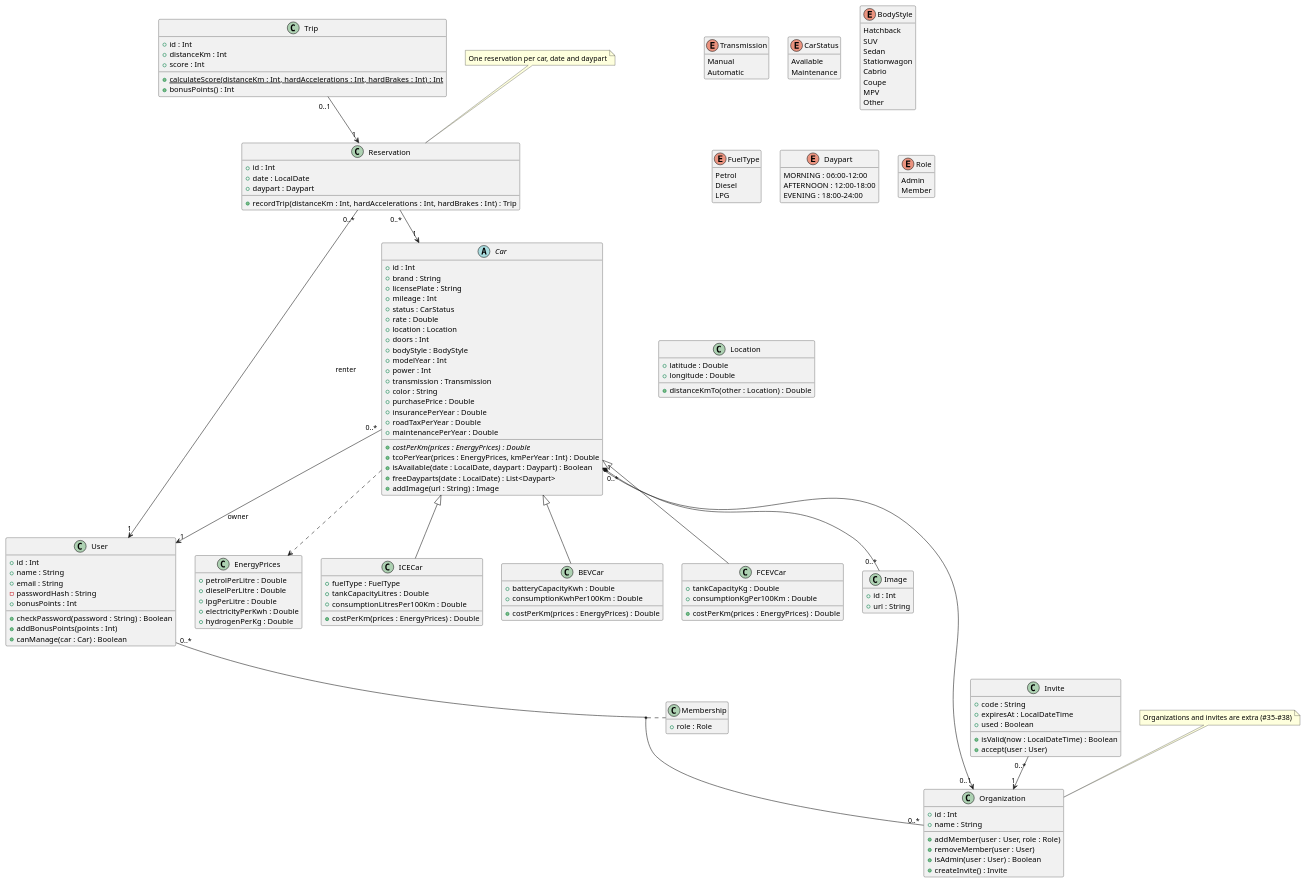
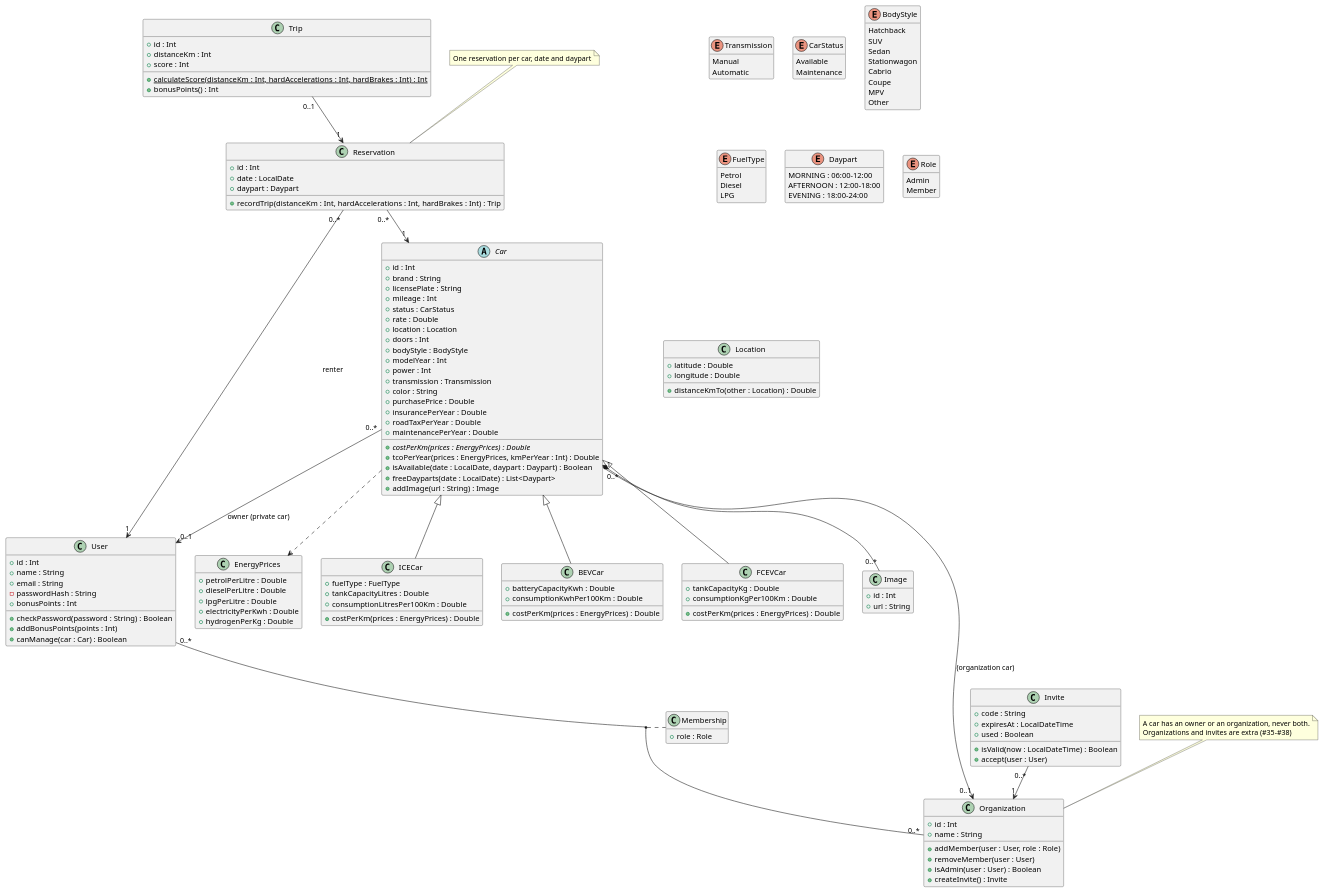
Before and after one commit to Rent-a-car-38291/rent-a-car: the diagram in docs/diagrams/domain-model.puml, drawn with PlantUML. The commit also changed 25 other files, not shown here.

```diff
--- a/docs/diagrams/domain-model.puml
+++ b/docs/diagrams/domain-model.puml
@@ -1,175 +1,175 @@
 @startuml
 ' Analysis view: the domain as agreed in the backlog, including parts that aren't built yet.
 ' For what the code looks like today, see the class-*.puml diagrams.
 hide empty members
 
 enum Transmission {
   Manual
   Automatic
 }
 
 ' Rented is gone: whether a car is rented depends on the daypart (#16).
 enum CarStatus {
   Available
   Maintenance
 }
 
 enum BodyStyle {
   Hatchback
   SUV
   Sedan
   Stationwagon
   Cabrio
   Coupe
   MPV
   Other
 }
 
 enum FuelType {
   Petrol
   Diesel
   LPG
 }
 
 enum Daypart {
   MORNING : 06:00-12:00
   AFTERNOON : 12:00-18:00
   EVENING : 18:00-24:00
 }
 
 enum Role {
   Admin
   Member
 }
 
 class Location {
   + latitude : Double
   + longitude : Double
   + distanceKmTo(other : Location) : Double
 }
 
 class EnergyPrices {
   + petrolPerLitre : Double
   + dieselPerLitre : Double
   + lpgPerLitre : Double
   + electricityPerKwh : Double
   + hydrogenPerKg : Double
 }
 
 class User {
   + id : Int
   + name : String
   + email : String
   - passwordHash : String
   + bonusPoints : Int
   + checkPassword(password : String) : Boolean
   + addBonusPoints(points : Int)
   + canManage(car : Car) : Boolean
 }
 
 abstract class Car {
   + id : Int
   + brand : String
   + licensePlate : String
   + mileage : Int
   + status : CarStatus
   + rate : Double
   + location : Location
   + doors : Int
   + bodyStyle : BodyStyle
   + modelYear : Int
   + power : Int
   + transmission : Transmission
   + color : String
   + purchasePrice : Double
   + insurancePerYear : Double
   + roadTaxPerYear : Double
   + maintenancePerYear : Double
   + {abstract} costPerKm(prices : EnergyPrices) : Double
   + tcoPerYear(prices : EnergyPrices, kmPerYear : Int) : Double
   + isAvailable(date : LocalDate, daypart : Daypart) : Boolean
   + freeDayparts(date : LocalDate) : List<Daypart>
   + addImage(url : String) : Image
 }
 
 class ICECar {
   + fuelType : FuelType
   + tankCapacityLitres : Double
   + consumptionLitresPer100Km : Double
   + costPerKm(prices : EnergyPrices) : Double
 }
 
 class BEVCar {
   + batteryCapacityKwh : Double
   + consumptionKwhPer100Km : Double
   + costPerKm(prices : EnergyPrices) : Double
 }
 
 class FCEVCar {
   + tankCapacityKg : Double
   + consumptionKgPer100Km : Double
   + costPerKm(prices : EnergyPrices) : Double
 }
 
 class Image {
   + id : Int
   + url : String
 }
 
 class Reservation {
   + id : Int
   + date : LocalDate
   + daypart : Daypart
   + recordTrip(distanceKm : Int, hardAccelerations : Int, hardBrakes : Int) : Trip
 }
 
 class Trip {
   + id : Int
   + distanceKm : Int
   + score : Int
   + {static} calculateScore(distanceKm : Int, hardAccelerations : Int, hardBrakes : Int) : Int
   + bonusPoints() : Int
 }
 
 class Organization {
   + id : Int
   + name : String
   + addMember(user : User, role : Role)
   + removeMember(user : User)
   + isAdmin(user : User) : Boolean
   + createInvite() : Invite
 }
 
 class Membership {
   + role : Role
 }
 
 class Invite {
   + code : String
   + expiresAt : LocalDateTime
   + used : Boolean
   + isValid(now : LocalDateTime) : Boolean
   + accept(user : User)
 }
 
 Car <|-- ICECar
 Car <|-- BEVCar
 Car <|-- FCEVCar
 
-Car "0..*" --> "1" User : owner
-Car "0..*" --> "0..1" Organization
+Car "0..*" --> "0..1" User : owner (private car)
+Car "0..*" --> "0..1" Organization : (organization car)
 Car "1" *-- "0..*" Image
 Car ..> EnergyPrices
 Reservation "0..*" --> "1" Car
 Reservation "0..*" --> "1" User : renter
 Trip "0..1" --> "1" Reservation
 User "0..*" -- "0..*" Organization
 (User, Organization) .. Membership
 Invite "0..*" --> "1" Organization
 
 note "One reservation per car, date and daypart" as N1
 N1 .. Reservation
-note "Organizations and invites are extra (#35–#38)" as N2
+note "A car has an owner or an organization, never both.\nOrganizations and invites are extra (#35–#38)" as N2
 N2 .. Organization
 
 @enduml
```
